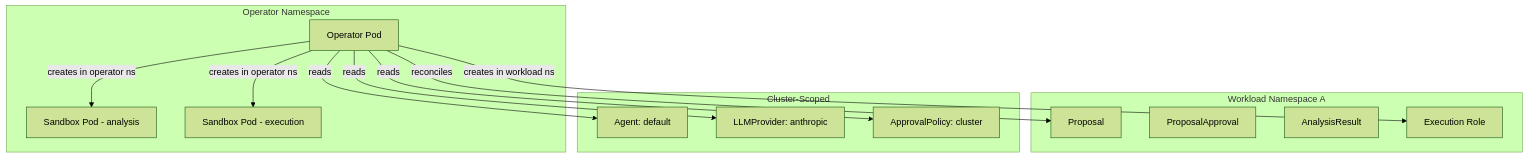
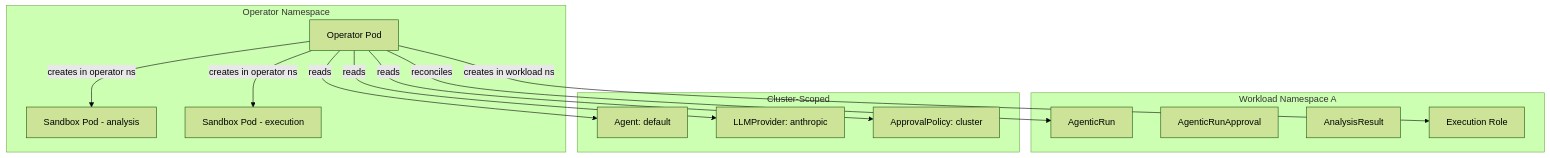
Before and after one commit to raptorsun/lightspeed-agentic-operator: the fourth of 4 diagrams in ARCHITECTURE.md, drawn with Mermaid (forest theme). The commit also changed other lines of this file and 223 other files, not shown here.

First line of the commit message:
OLS-3475: rename Proposal CRD to AgenticRun

````diff
--- a/ARCHITECTURE.md
+++ b/ARCHITECTURE.md
@@ -118,29 +118,29 @@
 ```mermaid
 graph TB
     subgraph "Operator Namespace"
         OP[Operator Pod]
         SB1[Sandbox Pod - analysis]
         SB2[Sandbox Pod - execution]
     end
 
     subgraph "Workload Namespace A"
-        P1[Proposal]
-        PA1[ProposalApproval]
+        P1[AgenticRun]
+        PA1[AgenticRunApproval]
         AR1[AnalysisResult]
         ROLE1[Execution Role]
     end
 
     subgraph "Cluster-Scoped"
         AG1[Agent: default]
         LP1[LLMProvider: anthropic]
         APOL[ApprovalPolicy: cluster]
     end
 
     OP -->|reconciles| P1
     OP -->|creates in operator ns| SB1
     OP -->|creates in operator ns| SB2
     OP -->|creates in workload ns| ROLE1
     OP -->|reads| AG1
     OP -->|reads| LP1
     OP -->|reads| APOL
 ```
````
